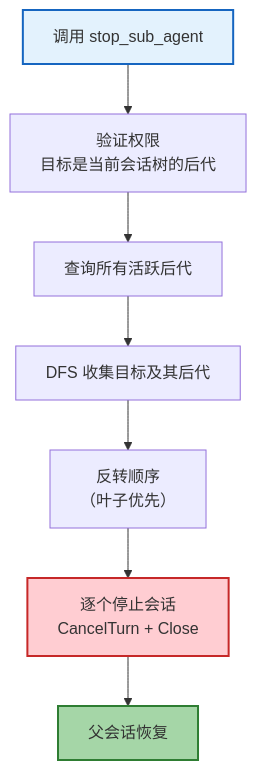
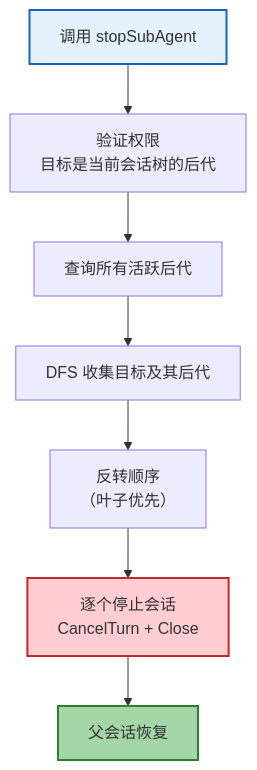
Before and after one commit to rtc-agent/docs: the third of 6 diagrams in src/content/docs/features/llm-tools.md, drawn with Mermaid. The commit also changed other lines of this file and 13 other files, not shown here.

````diff
--- a/src/content/docs/features/llm-tools.md
+++ b/src/content/docs/features/llm-tools.md
@@ -176,13 +176,13 @@
 ```mermaid
 flowchart TD
-    A["调用 stop_sub_agent"] --> B["验证权限<br/>目标是当前会话树的后代"]
+    A["调用 stopSubAgent"] --> B["验证权限<br/>目标是当前会话树的后代"]
     B --> C["查询所有活跃后代"]
     C --> D["DFS 收集目标及其后代"]
     D --> E["反转顺序<br/>（叶子优先）"]
     E --> F["逐个停止会话<br/>CancelTurn + Close"]
     F --> G["父会话恢复"]
 
     style A fill:#e3f2fd,stroke:#1565c0,stroke-width:2px
     style F fill:#ffcdd2,stroke:#c62828,stroke-width:2px
     style G fill:#a5d6a7,stroke:#2e7d32,stroke-width:2px
 ```
````
